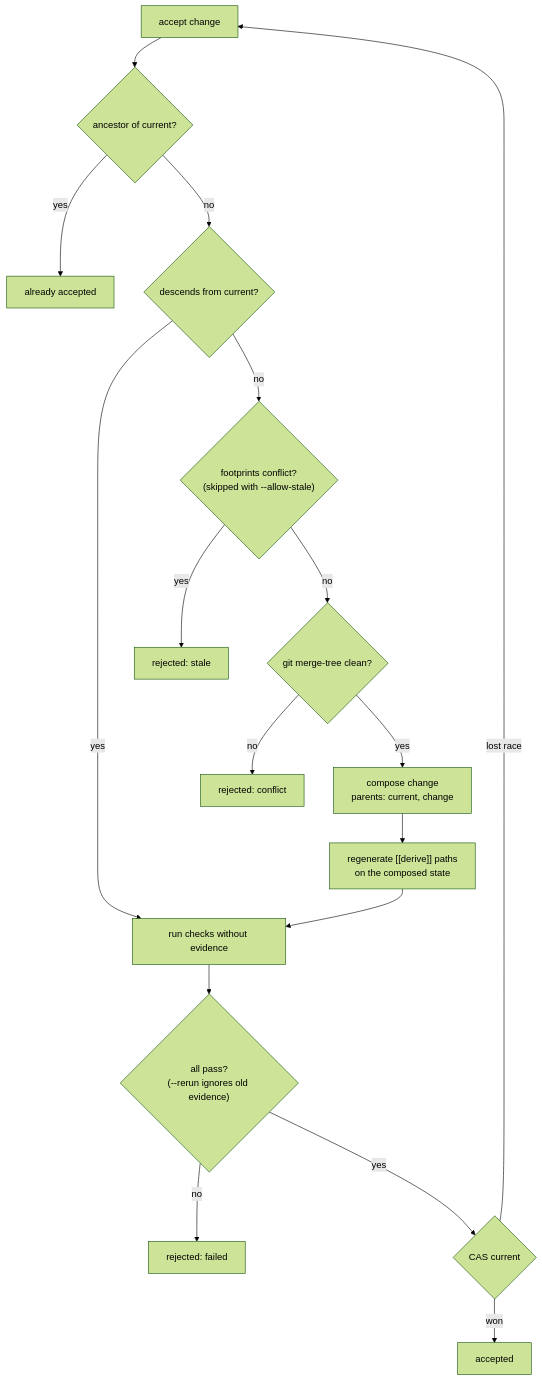
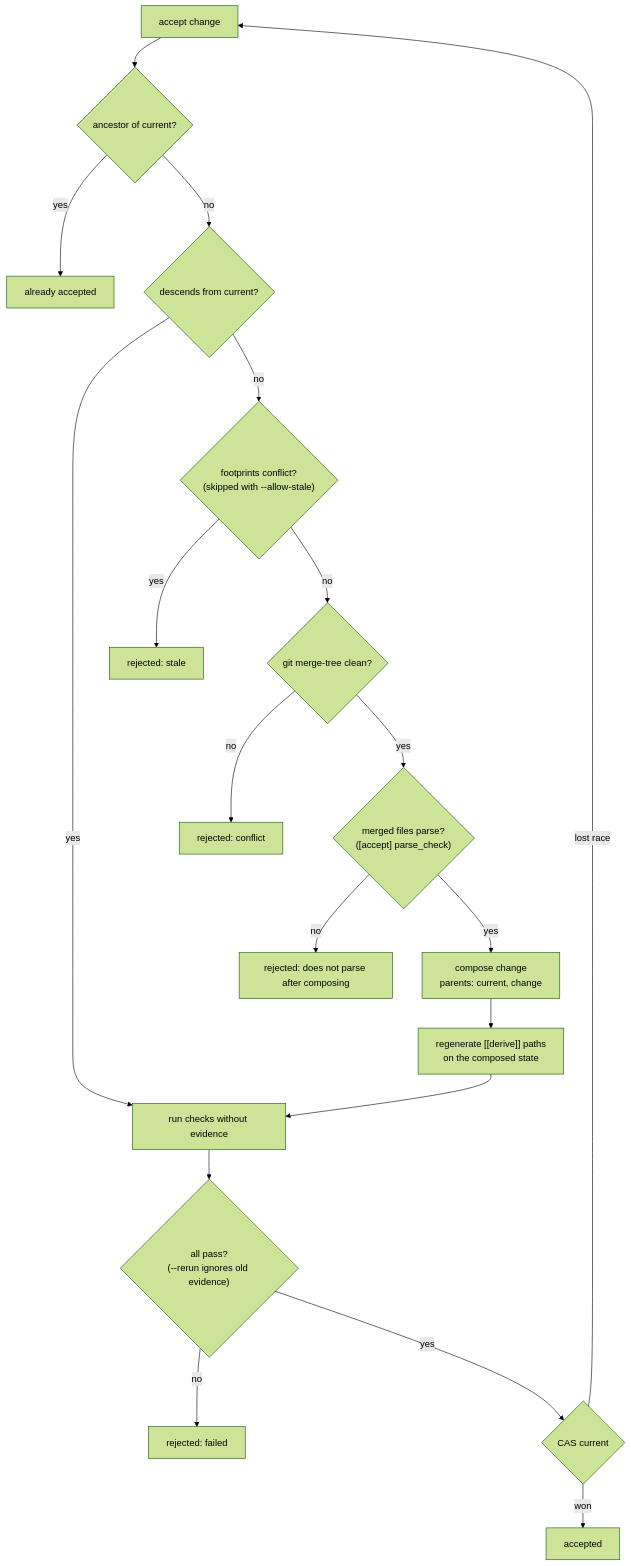
Before and after one commit to autohandai/getzit: the diagram in docs/spec.mdx, drawn with Mermaid (forest theme). The commit also changed other lines of this file and 14 other files, not shown here.

````diff
--- a/docs/spec.mdx
+++ b/docs/spec.mdx
@@ -103,19 +117,21 @@
 ```mermaid
 flowchart TD
     A[accept change] --> B{ancestor of current?}
     B -- yes --> Z[already accepted]
     B -- no --> C{descends from current?}
     C -- yes --> V
     C -- no --> D{"footprints conflict?<br/>(skipped with --allow-stale)"}
     D -- yes --> R1[rejected: stale]
     D -- no --> E{git merge-tree clean?}
     E -- no --> R2[rejected: conflict]
-    E -- yes --> F[compose change<br/>parents: current, change]
+    E -- yes --> P{"merged files parse?<br/>([accept] parse_check)"}
+    P -- no --> R4[rejected: does not parse after composing]
+    P -- yes --> F[compose change<br/>parents: current, change]
     F --> RG["regenerate [[derive]] paths<br/>on the composed state"]
     RG --> V[run checks without evidence]
     V --> G{"all pass?<br/>(--rerun ignores old evidence)"}
     G -- no --> R3[rejected: failed]
     G -- yes --> H{CAS current}
     H -- lost race --> A
     H -- won --> OK[accepted]
 ```
````
